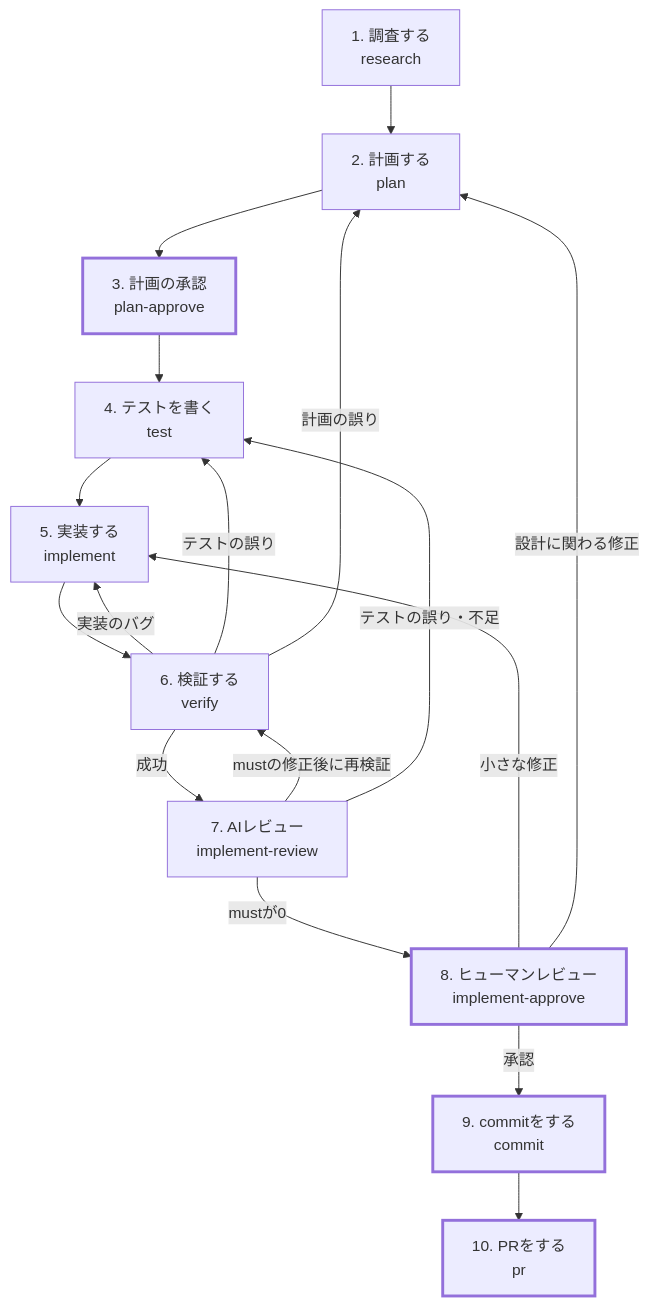
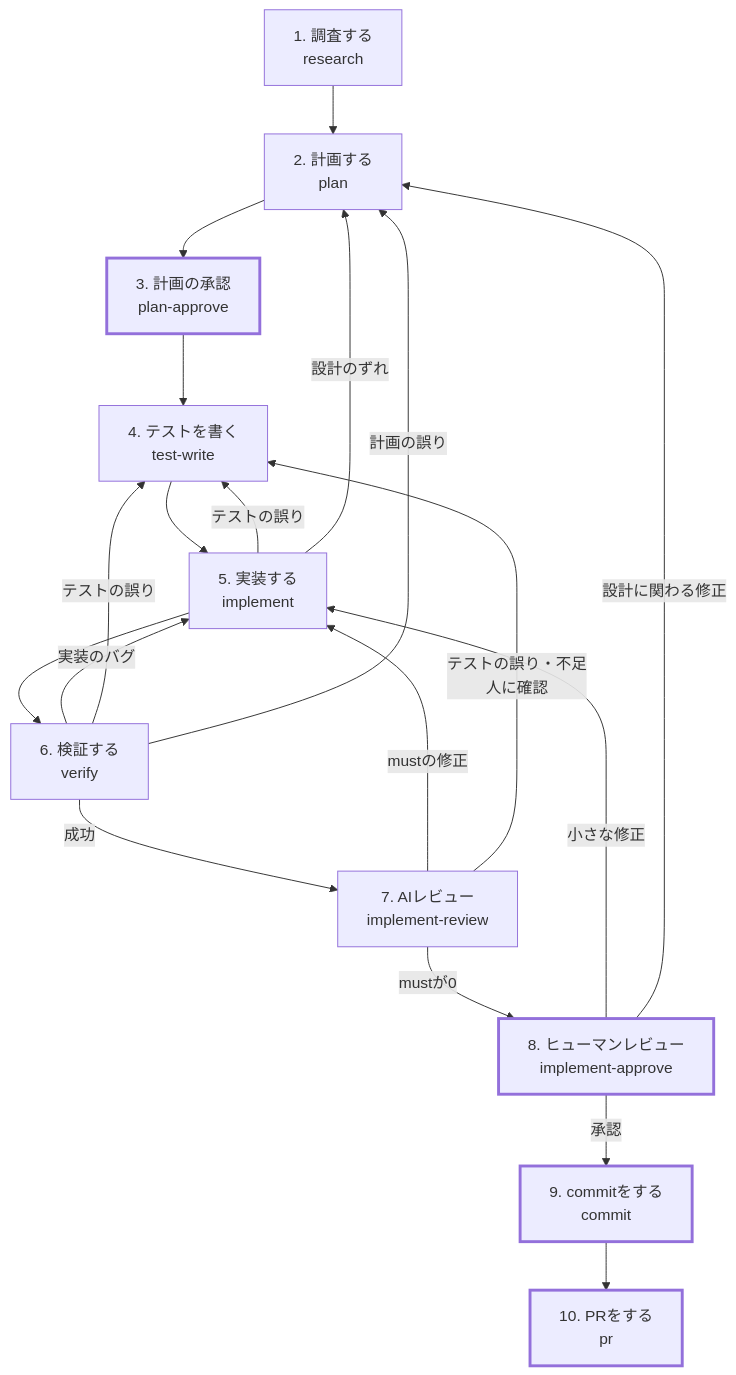
Before and after one commit to myuron/agent-workflow: the diagram in README.md, drawn with Mermaid. The commit also changed other lines of this file, not shown here.

Commit message:
docs: address review findings on the issue workflow

````diff
--- a/README.md
+++ b/README.md
@@ -52,22 +52,24 @@
 ```mermaid
 flowchart TD
     research["1. 調査する<br/>research"] --> plan["2. 計画する<br/>plan"]
     plan --> plan_approve["3. 計画の承認<br/>plan-approve"]
-    plan_approve --> test["4. テストを書く<br/>test"]
+    plan_approve --> test["4. テストを書く<br/>test-write"]
     test --> implement["5. 実装する<br/>implement"]
     implement --> verify["6. 検証する<br/>verify"]
+    implement -->|テストの誤り| test
+    implement -->|設計のずれ| plan
     verify -->|成功| ai_review["7. AIレビュー<br/>implement-review"]
     verify -->|実装のバグ| implement
     verify -->|テストの誤り| test
     verify -->|計画の誤り| plan
-    ai_review -->|mustの修正後に再検証| verify
-    ai_review -->|テストの誤り・不足| test
+    ai_review -->|mustの修正| implement
+    ai_review -->|テストの誤り・不足<br/>人に確認| test
     ai_review -->|mustが0| human_review["8. ヒューマンレビュー<br/>implement-approve"]
     human_review -->|小さな修正| implement
     human_review -->|設計に関わる修正| plan
     human_review -->|承認| commit["9. commitをする<br/>commit"]
     commit --> pr["10. PRをする<br/>pr"]
 
     classDef human stroke-width:3px
     class plan_approve,human_review,commit,pr human
 ```
````
